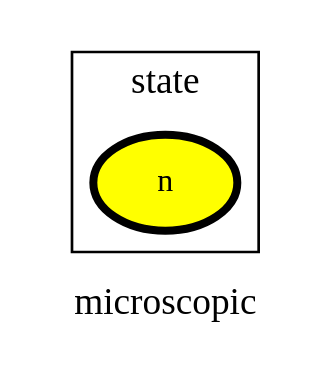
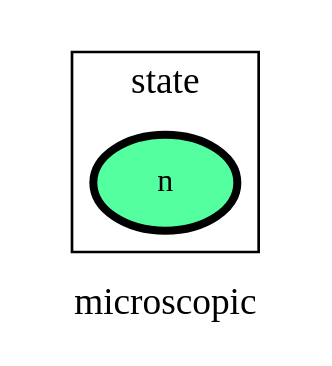
Before and after one commit to heinz-preisig/processes_distributed_no_interface_eqs: the diagram in ontology_graphs/graph__microscopic.dot, drawn with Graphviz. The commit also changed 93 other files, not shown here.

```diff
--- a/ontology_graphs/graph__microscopic.dot
+++ b/ontology_graphs/graph__microscopic.dot
@@ -1,60 +1,60 @@
 digraph microscopic {
 label=microscopic;
 rankdir=LR;
 subgraph cluster_microscopic___network {
 label=network;
 rankdir=LR;
 }
 
 subgraph cluster_microscopic___differenceOperator {
 label=differenceOperator;
 rankdir=LR;
 }
 
 subgraph cluster_microscopic___frame {
 label=frame;
 rankdir=LR;
 }
 
 subgraph cluster_microscopic___state {
 label=state;
 rankdir=LR;
-V_1 [fillcolor=yellow, fontsize=12, label=n, penwidth=3, style=filled];
+V_1 [fillcolor=seagreen1, fontsize=12, label=n, penwidth=3, style=filled];
 }
 
 subgraph cluster_microscopic___constant {
 label=constant;
 rankdir=LR;
 }
 
 subgraph cluster_microscopic___effort {
 label=effort;
 rankdir=LR;
 }
 
 subgraph cluster_microscopic___secondaryState {
 label=secondaryState;
 rankdir=LR;
 }
 
 subgraph cluster_microscopic___diffState {
 label=diffState;
 rankdir=LR;
 }
 
 subgraph cluster_microscopic___conversion {
 label=conversion;
 rankdir=LR;
 }
 
 subgraph cluster_microscopic___controlInput {
 label=controlInput;
 rankdir=LR;
 }
 
 subgraph cluster_microscopic___observation {
 label=observation;
 rankdir=LR;
 }
 
 }
```
